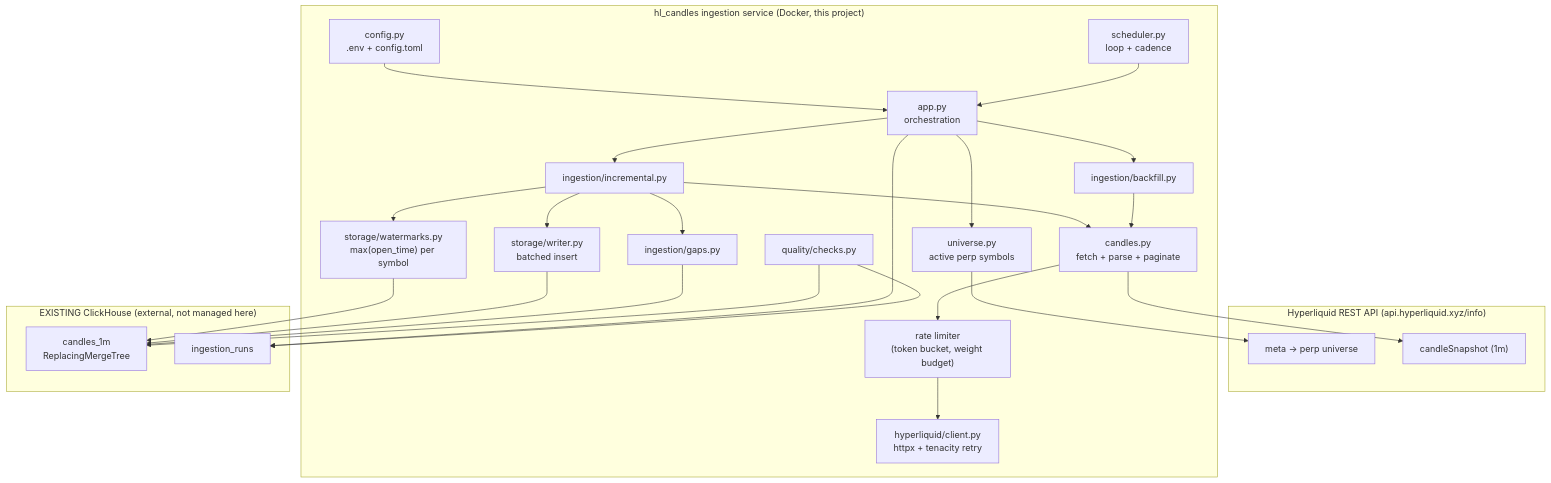
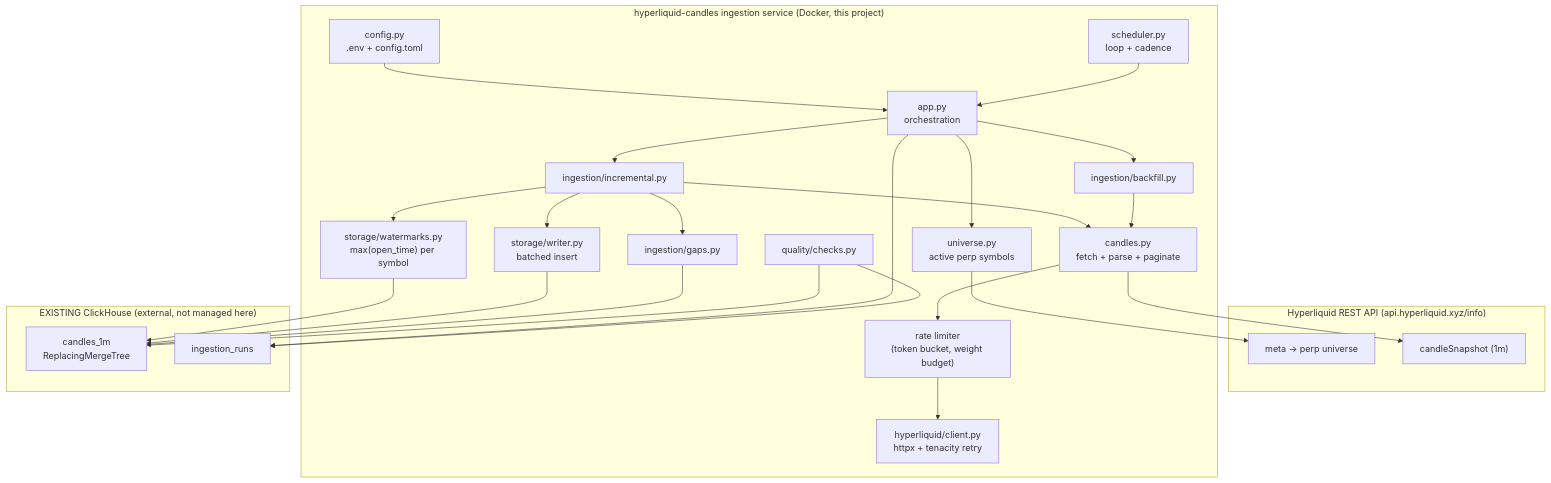
One commit to GerardWu100/hyperliquid-long-term changed the diagram in docs/reference/IMPLEMENTATION_PLAN.md. Above: the diagram before and after it, drawn with Mermaid. The commit also changed other lines of this file and 40 other files, not shown here.

Commit message:
Rename project to hyperliquid-candles

````diff
--- a/docs/reference/IMPLEMENTATION_PLAN.md
+++ b/docs/reference/IMPLEMENTATION_PLAN.md
@@ -119,41 +119,41 @@
 ```mermaid
 flowchart TD
     subgraph HL["Hyperliquid REST API (api.hyperliquid.xyz/info)"]
         META["meta -> perp universe"]
         CANDLE["candleSnapshot (1m)"]
     end
 
-    subgraph SVC["hl_candles ingestion service (Docker, this project)"]
+    subgraph SVC["hyperliquid-candles ingestion service (Docker, this project)"]
         CFG["config.py\n.env + config.toml"]
         SCHED["scheduler.py\nloop + cadence"]
         APP["app.py\norchestration"]
         RL["rate limiter\n(token bucket, weight budget)"]
         HLC["hyperliquid/client.py\nhttpx + tenacity retry"]
         UNI["universe.py\nactive perp symbols"]
         CND["candles.py\nfetch + parse + paginate"]
         INC["ingestion/incremental.py"]
         BF["ingestion/backfill.py"]
         GAP["ingestion/gaps.py"]
         WM["storage/watermarks.py\nmax(open_time) per symbol"]
         WR["storage/writer.py\nbatched insert"]
         QC["quality/checks.py"]
     end
 
     subgraph CH["EXISTING ClickHouse (external, not managed here)"]
         T1["candles_1m\nReplacingMergeTree"]
         T2["ingestion_runs"]
     end
 
     CFG --> APP
     SCHED --> APP
     APP --> UNI --> META
     APP --> INC --> WM --> T1
     INC --> CND --> CANDLE
     APP --> BF --> CND
     CND --> RL --> HLC
     INC --> WR --> T1
     APP --> T2
     INC --> GAP --> T1
     QC --> T1
     QC --> T2
 ```
````
